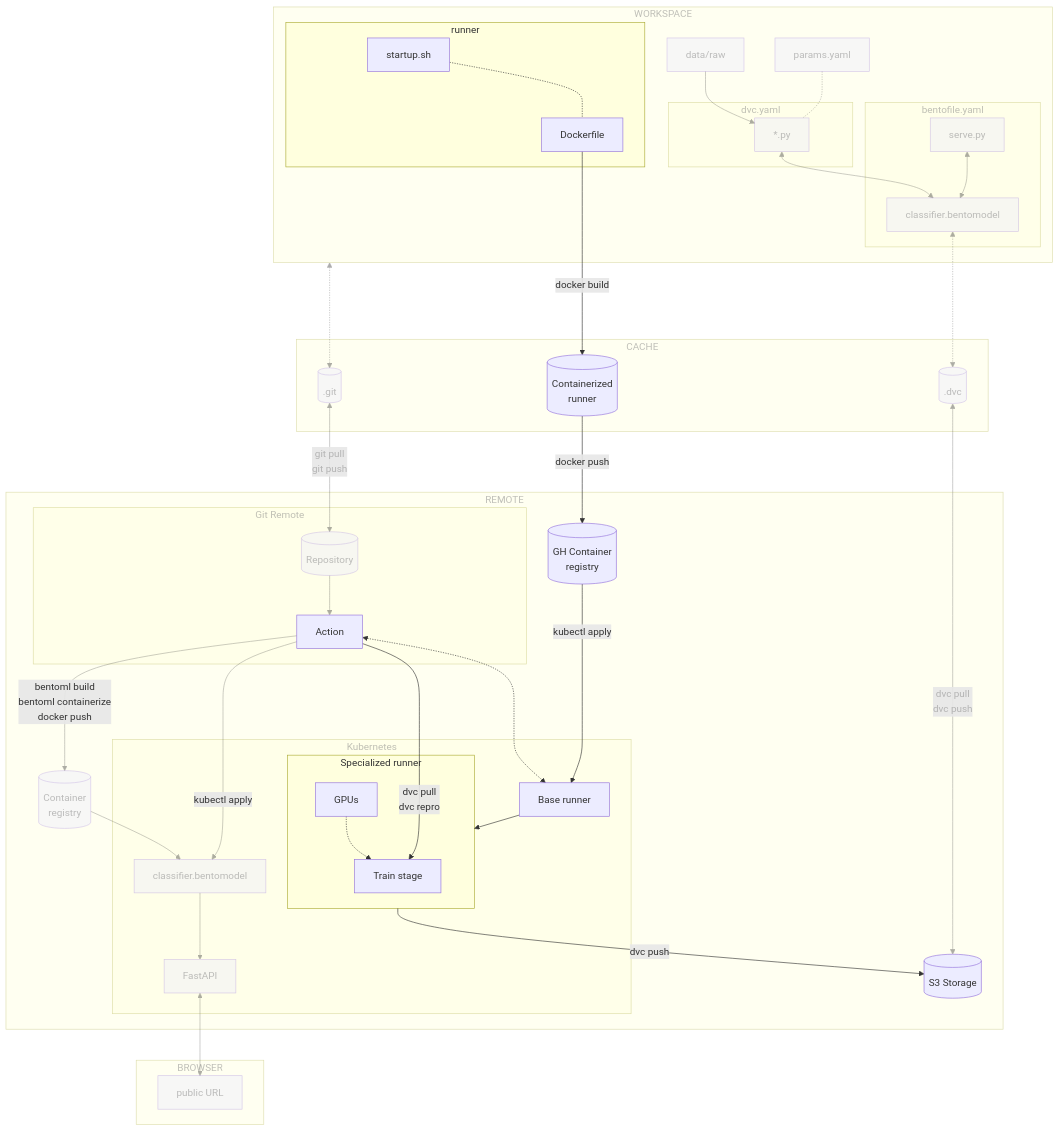
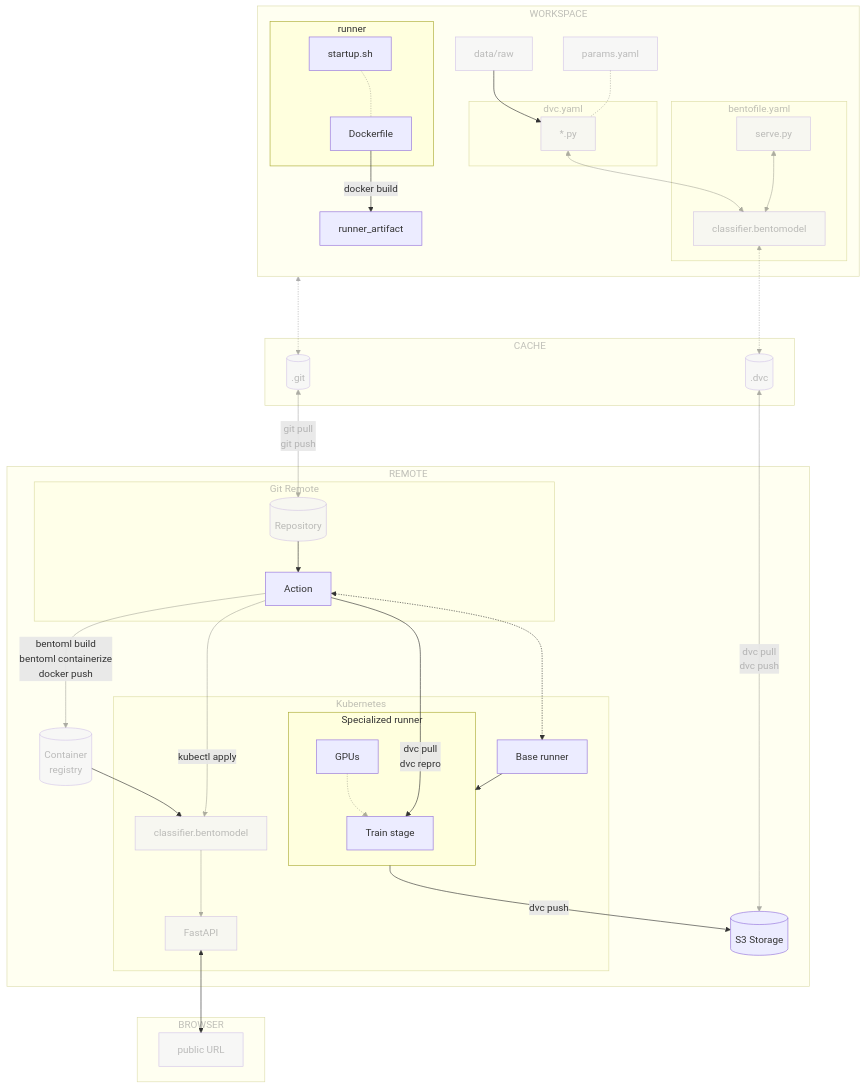
Before and after one commit to swiss-ai-center/a-guide-to-mlops: the diagram in docs/part-3-serve-and-deploy-the-model/chapter-18-train-the-model-on-a-kubernetes-pod.md, drawn with Mermaid. The commit also changed 1 other file, not shown here.

Commit message:
Adjust mermaid graphs

````diff
--- a/docs/part-3-serve-and-deploy-the-model/chapter-18-train-the-model-on-a-kubernetes-pod.md
+++ b/docs/part-3-serve-and-deploy-the-model/chapter-18-train-the-model-on-a-kubernetes-pod.md
@@ -35,14 +35,10 @@
     dot_git[(.git)] <-->|git pull
                          git push| repository[(Repository)]
     workspaceGraph <-....-> dot_git
-    runner_artifact -->|docker push| registry_docker[(GH Container
-                                                    registry)]
     data[data/raw]
     subgraph cacheGraph[CACHE]
         dot_dvc
         dot_git
-        runner_artifact[(Containerized
-                        runner)]
     end
 
     subgraph workspaceGraph[WORKSPACE]
@@ -63,8 +59,6 @@
     end
 
     subgraph remoteGraph[REMOTE]
-        registry_docker[(GH Container
-                  registry)]
         s3_storage
         subgraph gitGraph[Git Remote]
             repository --> action[Action]
@@ -84,7 +78,6 @@
             end
         end
         action <-.-> base_runner
-        registry_docker --> |kubectl apply|base_runner
         registry --> bento_service_cluster
         specialized_runner --> |dvc push|s3_storage
         action --> |kubectl apply|bento_service_cluster
@@ -131,6 +124,4 @@
     linkStyle 12 opacity:0.4,color:#7f7f7f8
     linkStyle 13 opacity:0.4,color:#7f7f7f8
     linkStyle 17 opacity:0.4,color:#7f7f7f8
-    linkStyle 19 opacity:0.4,color:#7f7f7f8
-    linkStyle 22 opacity:0.4,color:#7f7f7f8
 ```
````
